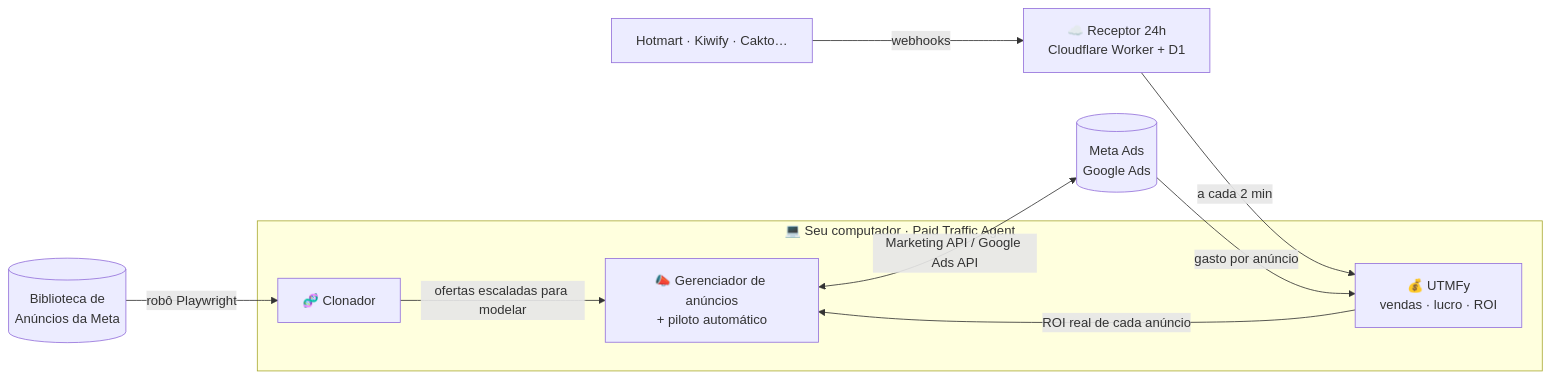
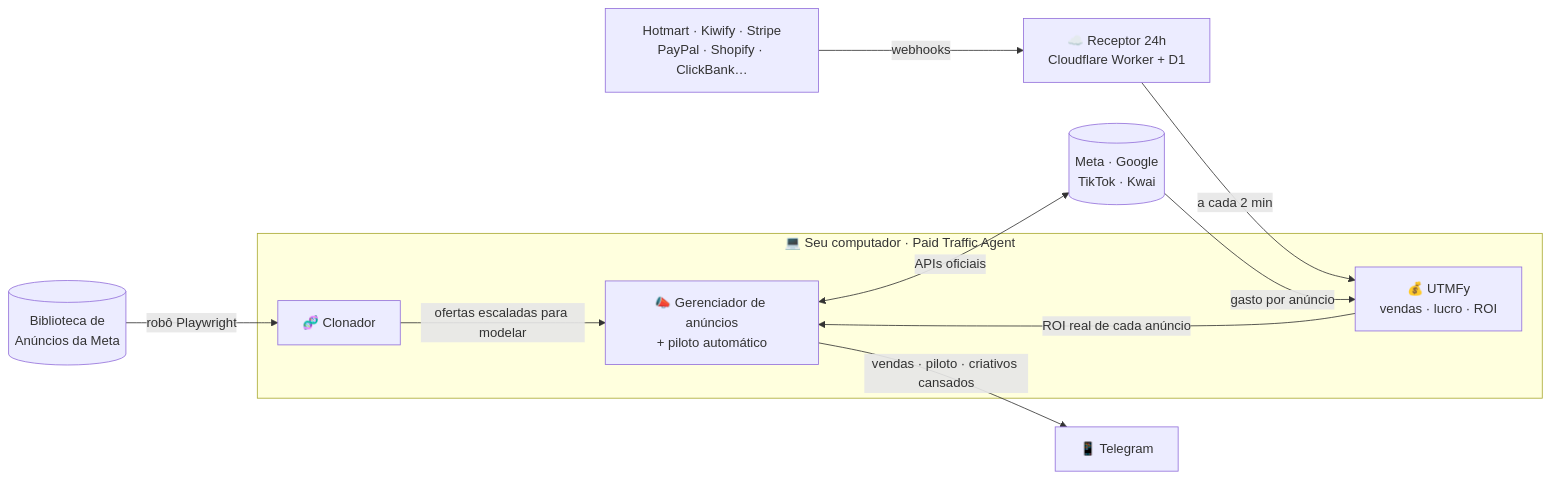
The diagram in README.md (AlvaroBaarros/paid-traffic-agent), drawn with Mermaid before and after one commit. The commit also changed other lines of this file and 39 other files, not shown here.

First line of the commit message:
v0.2.0-beta: TikTok, Kwai, English/Portuguese, Telegram, creative refresh, refunds, US/EU/BR gateways and currencies

````diff
--- a/README.md
+++ b/README.md
@@ -72,15 +81,16 @@
 ```mermaid
 flowchart LR
     subgraph PC["💻 Seu computador · Paid Traffic Agent"]
         C["🧬 Clonador"]
         G["📣 Gerenciador de anúncios<br/>+ piloto automático"]
         U["💰 UTMFy<br/>vendas · lucro · ROI"]
     end
     BA[("Biblioteca de<br/>Anúncios da Meta")] -->|robô Playwright| C
-    G <-->|"Marketing API / Google Ads API"| ADS[("Meta Ads<br/>Google Ads")]
-    CK["Hotmart · Kiwify · Cakto…"] -->|webhooks| W["☁️ Receptor 24h<br/>Cloudflare Worker + D1"]
+    G <-->|APIs oficiais| ADS[("Meta · Google<br/>TikTok · Kwai")]
+    CK["Hotmart · Kiwify · Stripe<br/>PayPal · Shopify · ClickBank…"] -->|webhooks| W["☁️ Receptor 24h<br/>Cloudflare Worker + D1"]
     W -->|a cada 2 min| U
     ADS -->|gasto por anúncio| U
     U -->|ROI real de cada anúncio| G
     C -->|ofertas escaladas para modelar| G
+    G -->|vendas · piloto · criativos cansados| TG["📱 Telegram"]
 ```
````
